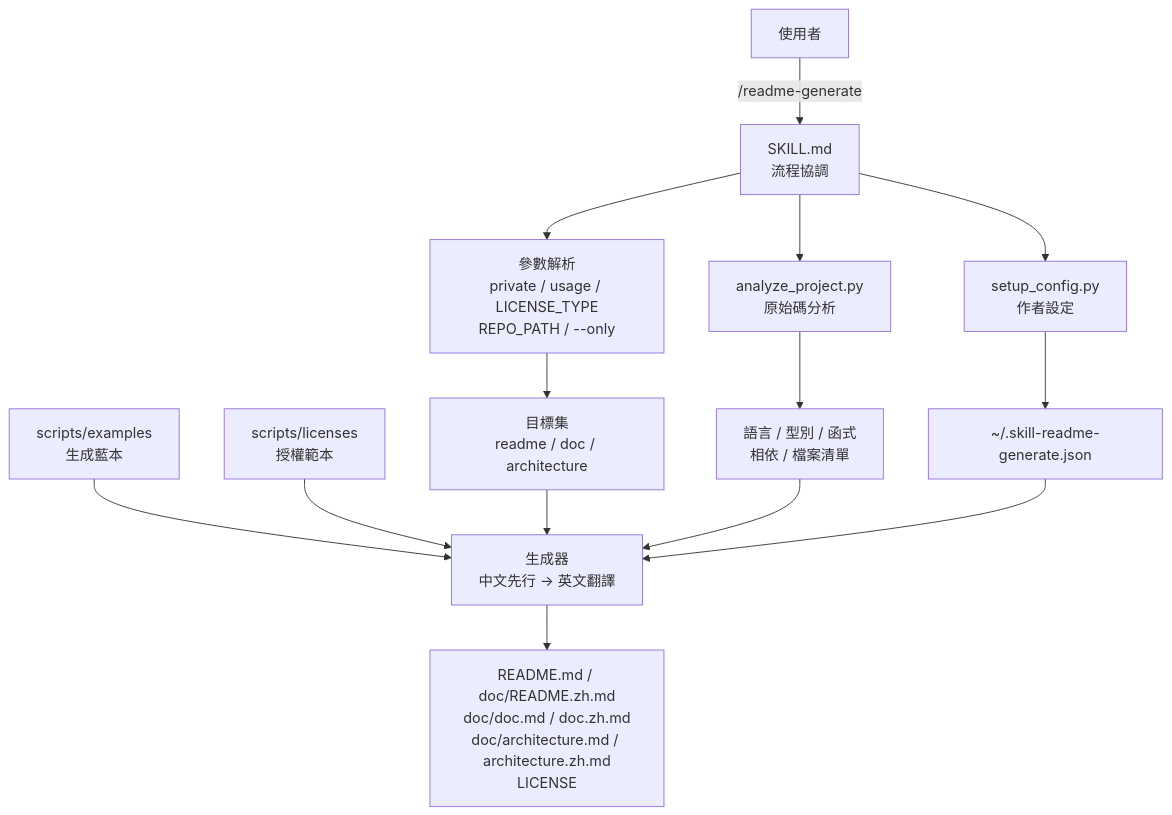
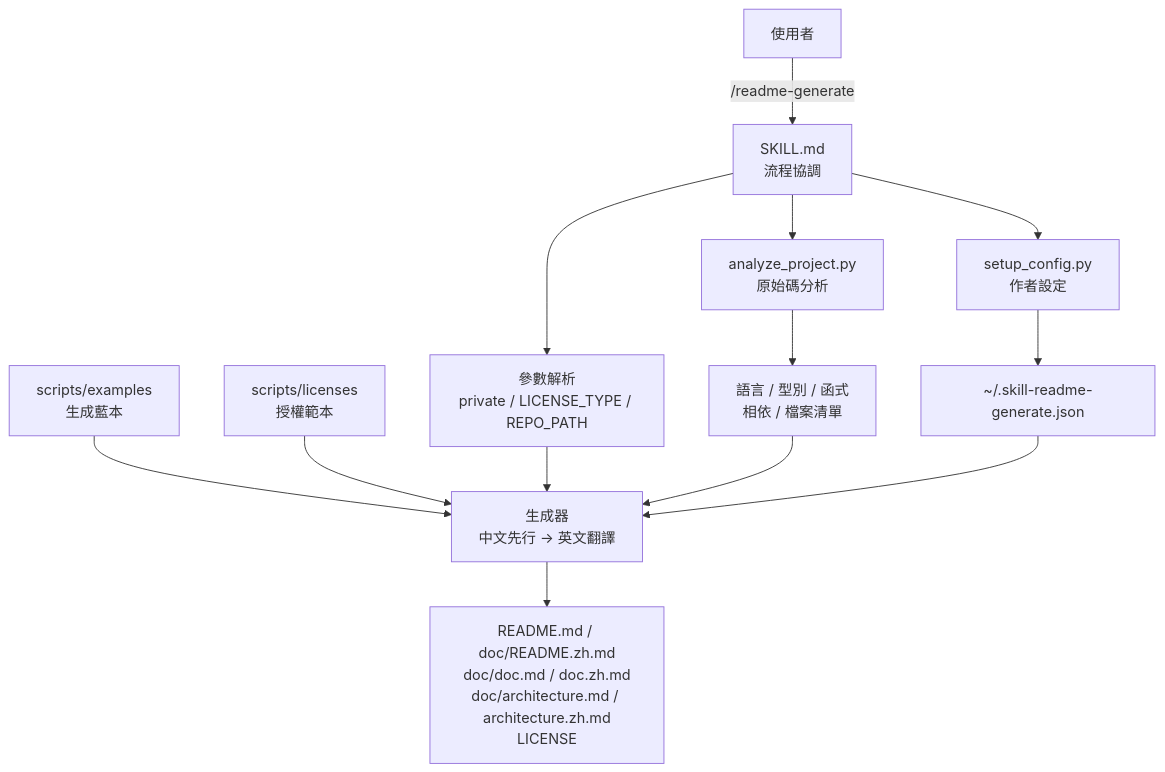
Before and after one commit to agenvoy/skill-readme-generate: the first of 7 diagrams in doc/architecture.zh.md, drawn with Mermaid. The commit also changed other lines of this file and 6 other files, not shown here.

````diff
--- a/doc/architecture.zh.md
+++ b/doc/architecture.zh.md
@@ -7,16 +7,15 @@
 ```mermaid
 graph TB
     User[使用者] -->|/readme-generate| SKILL[SKILL.md<br/>流程協調]
-    SKILL --> Parser[參數解析<br/>private / usage / LICENSE_TYPE<br/>REPO_PATH / --only]
+    SKILL --> Parser[參數解析<br/>private / LICENSE_TYPE / REPO_PATH]
     SKILL --> Config[setup_config.py<br/>作者設定]
     SKILL --> Analyze[analyze_project.py<br/>原始碼分析]
     Config --> JSON[~/.skill-readme-generate.json]
-    Parser --> Target[目標集<br/>readme / doc / architecture]
     Analyze --> Data[語言 / 型別 / 函式<br/>相依 / 檔案清單]
     Examples[scripts/examples<br/>生成藍本] --> Generator
     Licenses[scripts/licenses<br/>授權範本] --> Generator
-    Target --> Generator[生成器<br/>中文先行 → 英文翻譯]
+    Parser --> Generator[生成器<br/>中文先行 → 英文翻譯]
     Data --> Generator
     JSON --> Generator
     Generator --> Output[README.md / doc/README.zh.md<br/>doc/doc.md / doc.zh.md<br/>doc/architecture.md / architecture.zh.md<br/>LICENSE]
 ```
````
